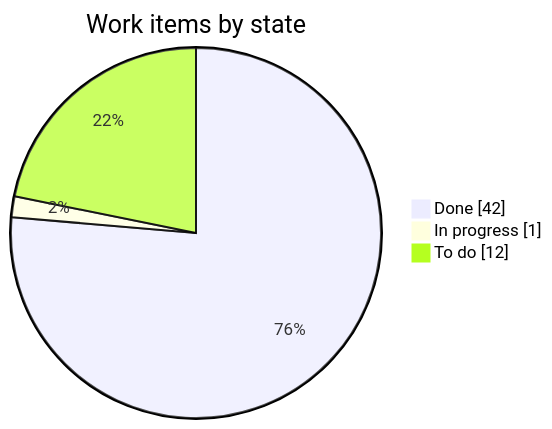
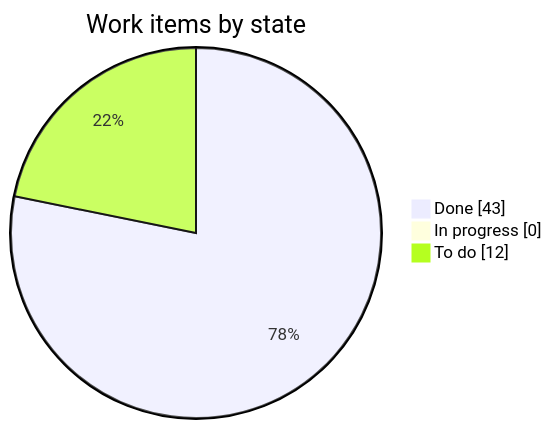
Before and after one commit to LoMagnette/ghost-light: the first of 2 diagrams in STATUS.md, drawn with Mermaid. The commit also changed other lines of this file and 1 other file, not shown here.

Commit message:
docs(status): Chapter II and III balance done for now

````diff
--- a/STATUS.md
+++ b/STATUS.md
@@ -31,7 +31,7 @@
 ```mermaid
 pie showData
     title Work items by state
-    "Done" : 42
-    "In progress" : 1
+    "Done" : 43
+    "In progress" : 0
     "To do" : 12
 ```
````
